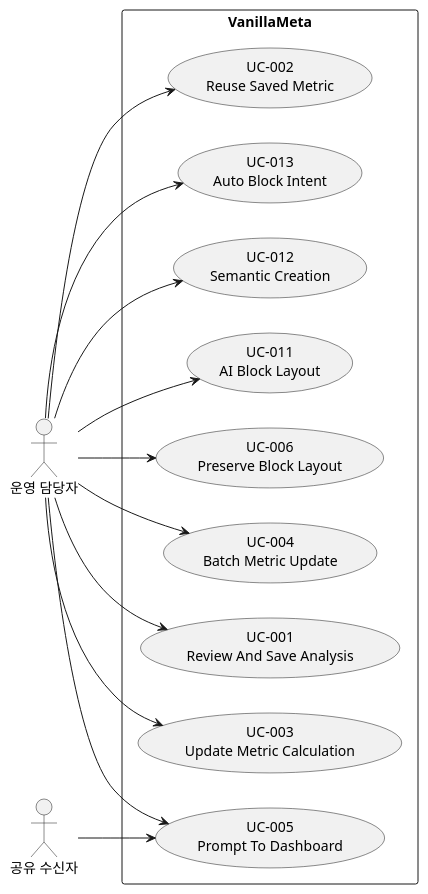
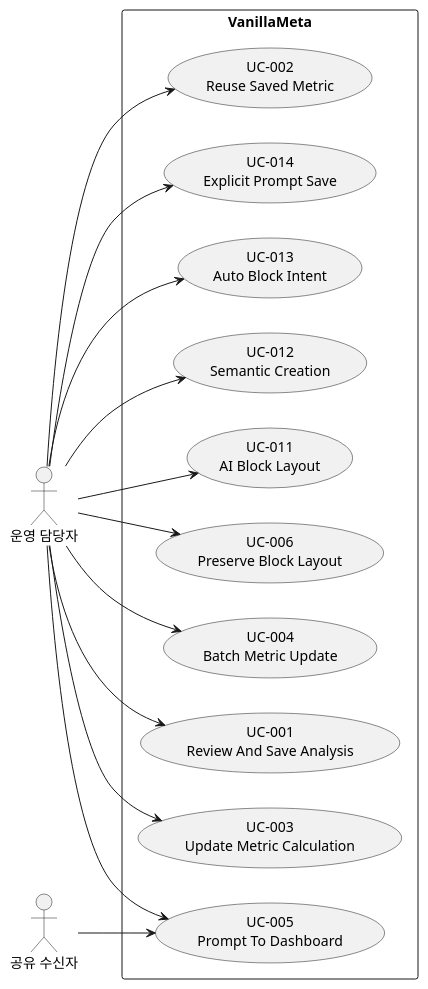
One commit to vanillabrain/vanillameta changed the diagram in docs/use_cases.puml. Above: the diagram before and after it, drawn with PlantUML. The commit also changed 16 other files, not shown here.

Commit message:
feat: execute explicit prompt save after validated preview

```diff
--- a/docs/use_cases.puml
+++ b/docs/use_cases.puml
@@ -1,26 +1,28 @@
 @startuml
 left to right direction
 actor "운영 담당자" as operator
 rectangle "VanillaMeta" {
+ usecase "UC-014\nExplicit Prompt Save" as UC014
  usecase "UC-013\nAuto Block Intent" as UC013
  usecase "UC-012\nSemantic Creation" as UC012
  usecase "UC-011\nAI Block Layout" as UC011
  usecase "UC-006\nPreserve Block Layout" as UC006
  usecase "UC-005\nPrompt To Dashboard" as UC005
  usecase "UC-004\nBatch Metric Update" as UC004
  usecase "UC-001\nReview And Save Analysis" as UC001
  usecase "UC-003\nUpdate Metric Calculation" as UC003
  usecase "UC-002\nReuse Saved Metric" as UC002
 }
+operator --> UC014
 operator --> UC013
 operator --> UC012
 operator --> UC011
 operator --> UC006
 operator --> UC005
 actor "공유 수신자" as recipient
 recipient --> UC005
 operator --> UC004
 operator --> UC003
 operator --> UC002
 operator --> UC001
 @enduml
```
